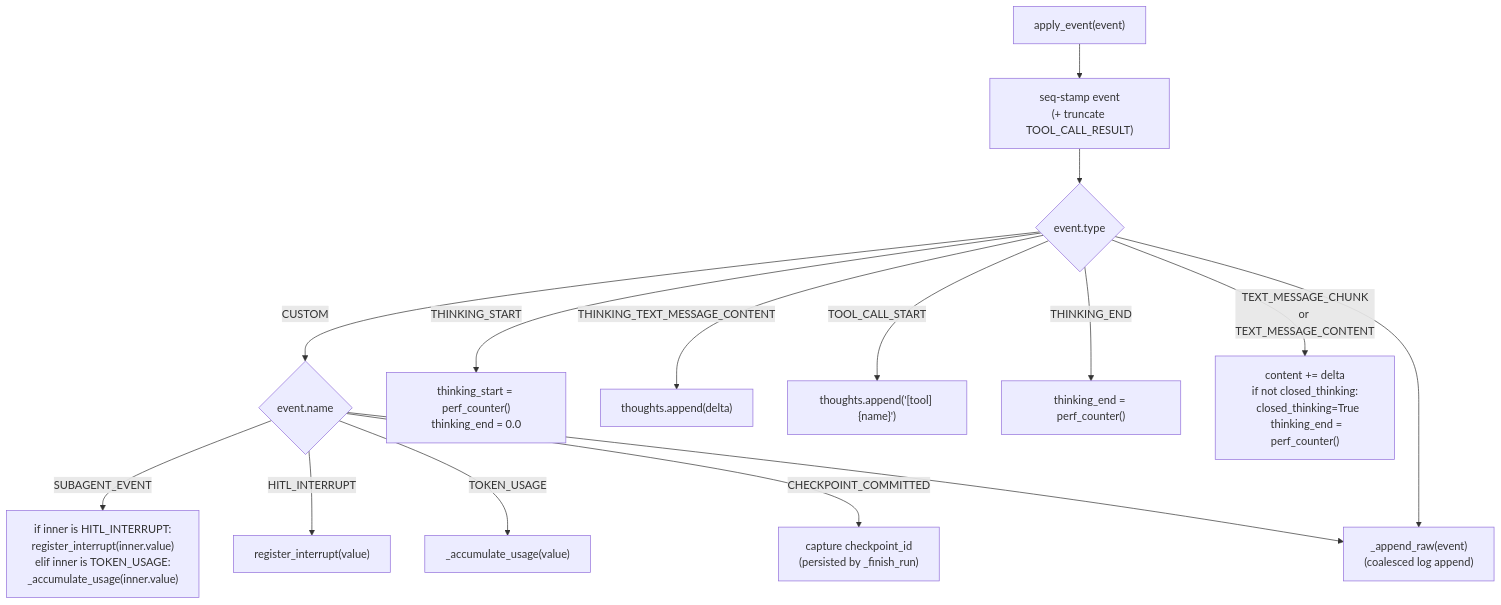
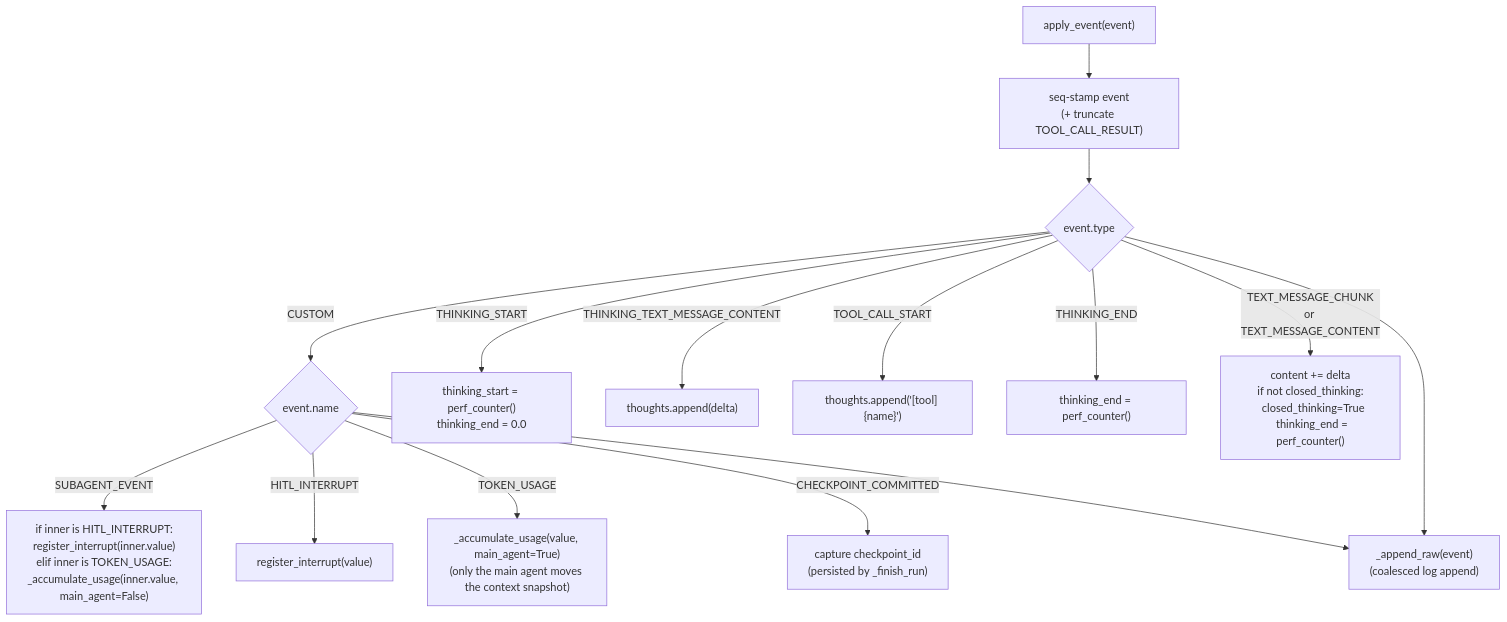
The sixth of 9 diagrams in docs/development/agui-protocol.md (konstantinosmpouros/mAgenticX), drawn with Mermaid before and after one commit. The commit also changed other lines of this file and 39 other files, not shown here.

````diff
--- a/docs/development/agui-protocol.md
+++ b/docs/development/agui-protocol.md
@@ -382,16 +382,16 @@
 ```mermaid
 flowchart TD
     A["apply_event(event)"] --> S["seq-stamp event\n(+ truncate TOOL_CALL_RESULT)"]
     S --> B{event.type}
     B -->|"CUSTOM"| C{event.name}
-    C -->|"SUBAGENT_EVENT"| F["if inner is HITL_INTERRUPT:\nregister_interrupt(inner.value)\nelif inner is TOKEN_USAGE:\n_accumulate_usage(inner.value)"]
+    C -->|"SUBAGENT_EVENT"| F["if inner is HITL_INTERRUPT:\nregister_interrupt(inner.value)\nelif inner is TOKEN_USAGE:\n_accumulate_usage(inner.value, main_agent=False)"]
     C -->|"HITL_INTERRUPT"| H["register_interrupt(value)"]
-    C -->|"TOKEN_USAGE"| N["_accumulate_usage(value)"]
+    C -->|"TOKEN_USAGE"| N["_accumulate_usage(value, main_agent=True)\n(only the main agent moves the context snapshot)"]
     C -->|"CHECKPOINT_COMMITTED"| CC["capture checkpoint_id\n(persisted by _finish_run)"]
     B -->|"THINKING_START"| I["thinking_start = perf_counter()\nthinking_end = 0.0"]
     B -->|"THINKING_TEXT_MESSAGE_CONTENT"| J["thoughts.append(delta)"]
     B -->|"TOOL_CALL_START"| K["thoughts.append('[tool] {name}')"]
     B -->|"THINKING_END"| L["thinking_end = perf_counter()"]
     B -->|"TEXT_MESSAGE_CHUNK\nor TEXT_MESSAGE_CONTENT"| M["content += delta\nif not closed_thinking:\n  closed_thinking=True\n  thinking_end = perf_counter()"]
     B & C --> Z["_append_raw(event)\n(coalesced log append)"]
 ```
````
